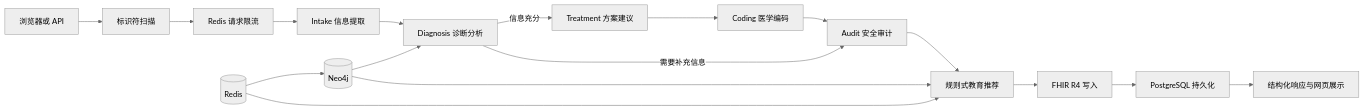
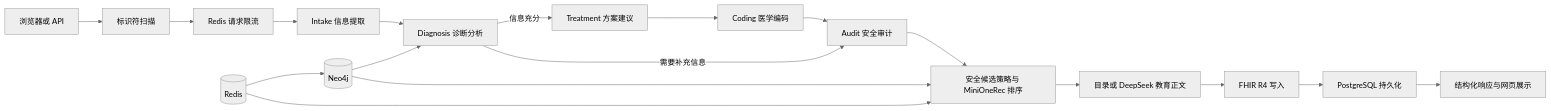
The diagram in README.md (Rexist-sudo/MediGen), drawn with Mermaid (neutral theme) before and after one commit. The commit also changed other lines of this file and 107 other files, not shown here.

````diff
--- a/README.md
+++ b/README.md
@@ -38,20 +38,21 @@
 ```mermaid
 flowchart LR
     A[浏览器或 API] --> B[标识符扫描]
     B --> C[Redis 请求限流]
     C --> D[Intake 信息提取]
     D --> E[Diagnosis 诊断分析]
     E -->|信息充分| F[Treatment 方案建议]
     F --> G[Coding 医学编码]
     G --> H[Audit 安全审计]
     E -->|需要补充信息| H
-    H --> I[规则式教育推荐]
-    I --> J[FHIR R4 写入]
+    H --> I[安全候选策略与 MiniOneRec 排序]
+    I --> P[目录或 DeepSeek 教育正文]
+    P --> J[FHIR R4 写入]
     J --> K[PostgreSQL 持久化]
     K --> L[结构化响应与网页展示]
 
     M[(Neo4j)] --> E
     M --> I
     N[(Redis)] --> M
     N --> I
 ```
````
